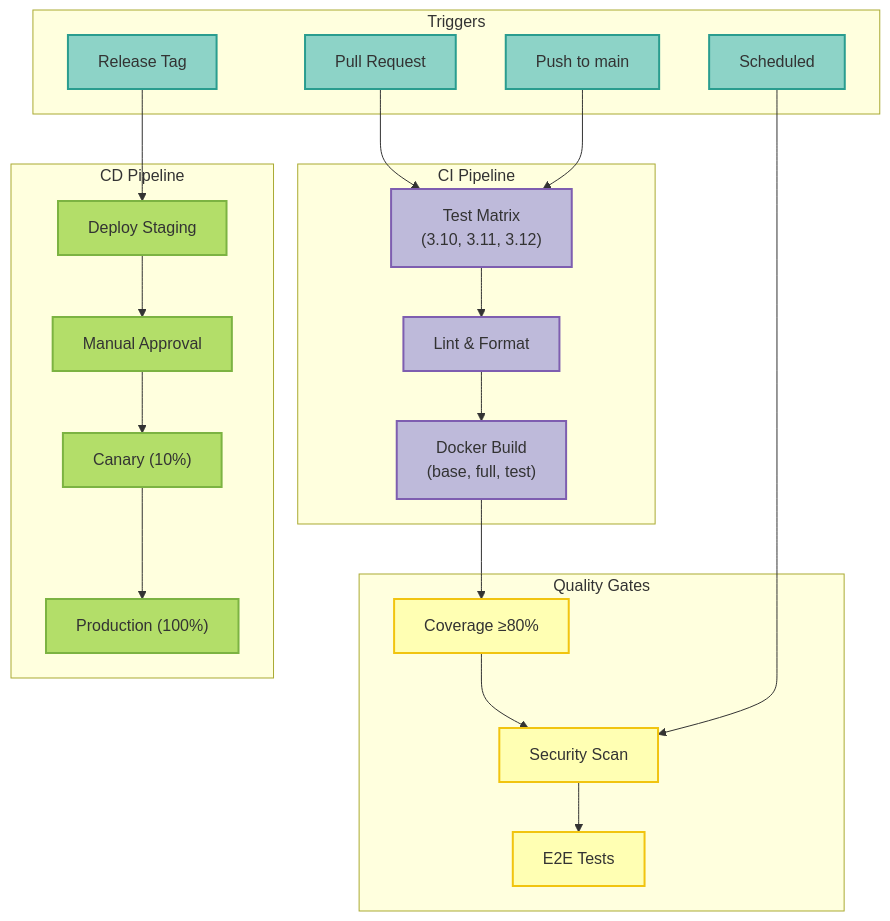
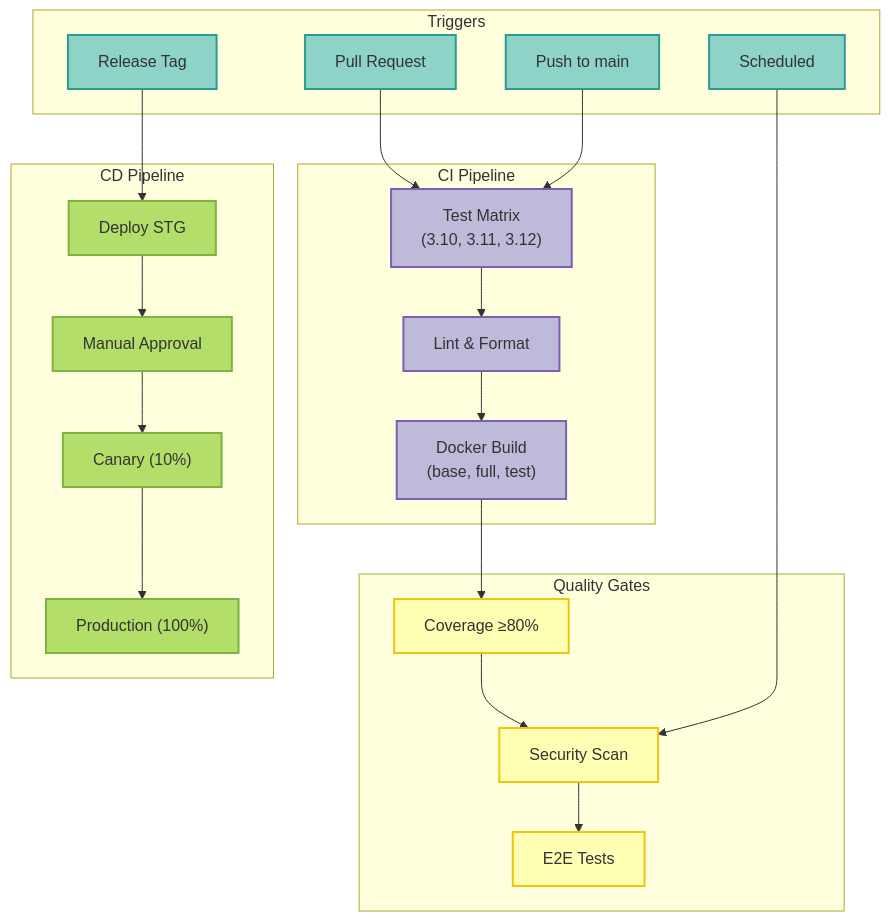
The diagram in docs/ci-cd/overview.mdx (vishnu2kmohan/mcp-server-langgraph), drawn with Mermaid before and after one commit. The commit also changed other lines of this file and 500 other files, not shown here.

First line of the commit message:
refactor(infra): standardize environment naming to dev/stg/prod

````diff
--- a/docs/ci-cd/overview.mdx
+++ b/docs/ci-cd/overview.mdx
@@ -31,49 +31,49 @@
 ```mermaid
 flowchart TD
     subgraph Trigger["Triggers"]
         PR["Pull Request"]
         Push["Push to main"]
         Tag["Release Tag"]
         Schedule["Scheduled"]
     end
 
     subgraph CI["CI Pipeline"]
         Test["Test Matrix<br/>(3.10, 3.11, 3.12)"]
         Lint["Lint & Format"]
         Docker["Docker Build<br/>(base, full, test)"]
     end
 
     subgraph Quality["Quality Gates"]
         Coverage["Coverage ≥80%"]
         Security["Security Scan"]
         E2E["E2E Tests"]
     end
 
     subgraph CD["CD Pipeline"]
-        Staging["Deploy Staging"]
+        STG["Deploy STG"]
         Approval["Manual Approval"]
         Canary["Canary (10%)"]
         Prod["Production (100%)"]
     end
 
     PR --> Test
     Push --> Test
     Test --> Lint --> Docker
     Docker --> Coverage --> Security --> E2E
 
-    Tag --> Staging
-    Staging --> Approval --> Canary --> Prod
+    Tag --> STG
+    STG --> Approval --> Canary --> Prod
 
     Schedule --> Security
 
     %% ColorBrewer2 Set3 palette - each stage uniquely colored
     classDef triggerStyle fill:#8dd3c7,stroke:#2a9d8f,stroke-width:2px,color:#333
     classDef ciStyle fill:#bebada,stroke:#7e5eb0,stroke-width:2px,color:#333
     classDef qualityStyle fill:#ffffb3,stroke:#f1c40f,stroke-width:2px,color:#333
     classDef cdStyle fill:#b3de69,stroke:#7cb342,stroke-width:2px,color:#333
 
     class PR,Push,Tag,Schedule triggerStyle
     class Test,Lint,Docker ciStyle
     class Coverage,Security,E2E qualityStyle
-    class Staging,Approval,Canary,Prod cdStyle
+    class STG,Approval,Canary,Prod cdStyle
 ```
````
